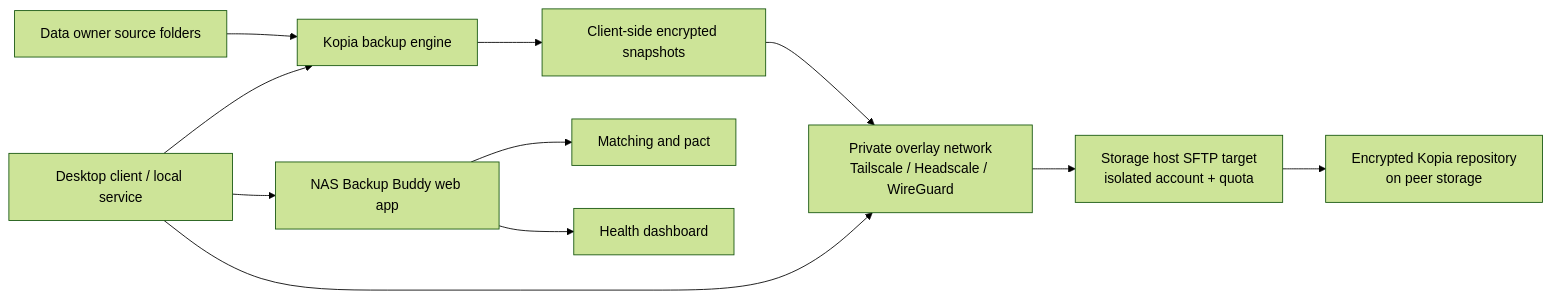
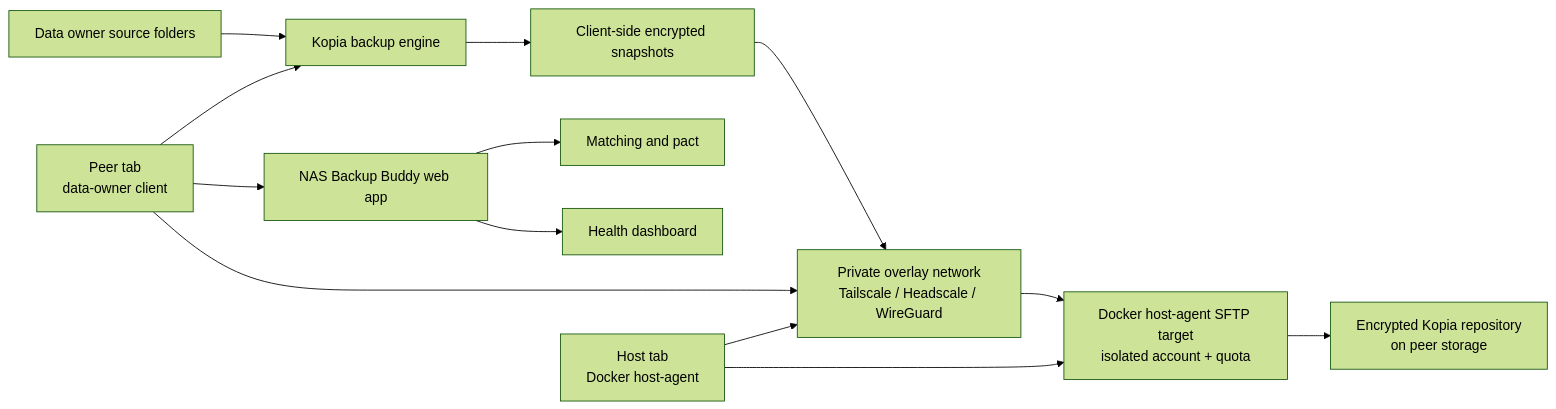
The diagram in docs/architecture.md (ayaghini/Nas-backup-buddy), drawn with Mermaid (forest theme) before and after one commit. The commit also changed other lines of this file and 17 other files, not shown here.

Commit message:
Tighten peer tab implementation prompt

````diff
--- a/docs/architecture.md
+++ b/docs/architecture.md
@@ -15,13 +15,15 @@
 ```mermaid
 flowchart LR
   SRC["Data owner source folders"] --> K["Kopia backup engine"]
   K --> ENC["Client-side encrypted snapshots"]
   ENC --> OVERLAY["Private overlay network<br/>Tailscale / Headscale / WireGuard"]
-  OVERLAY --> SFTP["Storage host SFTP target<br/>isolated account + quota"]
+  OVERLAY --> SFTP["Docker host-agent SFTP target<br/>isolated account + quota"]
   SFTP --> REPO["Encrypted Kopia repository<br/>on peer storage"]
   WEB["NAS Backup Buddy web app"] --> MATCH["Matching and pact"]
   WEB --> HEALTH["Health dashboard"]
-  AGENT["Desktop client / local service"] --> K
-  AGENT --> OVERLAY
-  AGENT --> WEB
+  OWNER["Peer tab<br/>data-owner client"] --> K
+  OWNER --> OVERLAY
+  OWNER --> WEB
+  HOST["Host tab<br/>Docker host-agent"] --> SFTP
+  HOST --> OVERLAY
 ```
````
